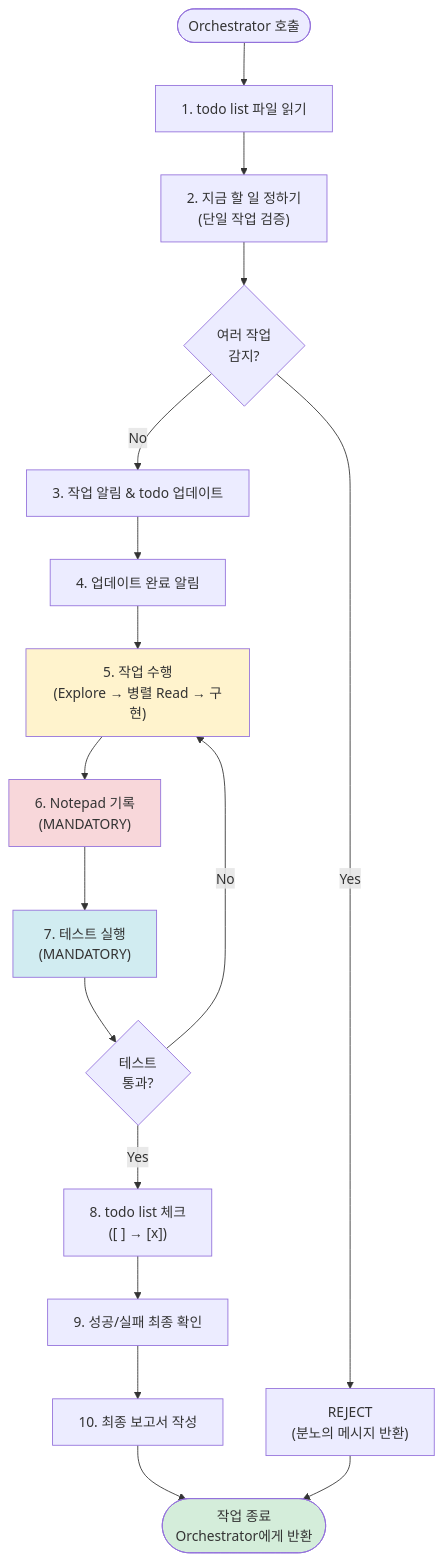
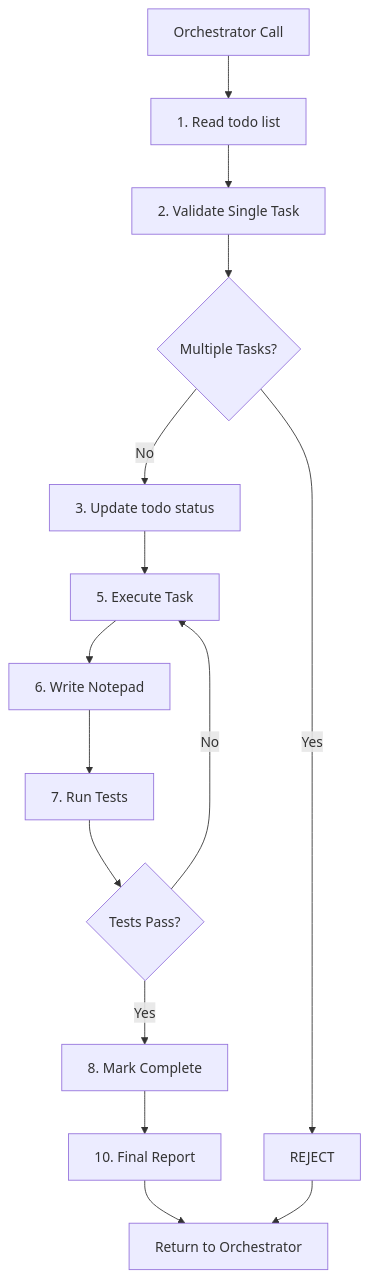
Diagram 12 of 21 in flow-draft.md (code-yeongyu/sisyphus-private), drawn with Mermaid before and after one commit. The commit also changed other lines of this file and 150 other files, not shown here.

````diff
--- a/flow-draft.md
+++ b/flow-draft.md
@@ -638,35 +1914,31 @@
 ```mermaid
 graph TD
-    Start([Orchestrator 호출]) --> Step1["1. todo list 파일 읽기"]
+    Start[Orchestrator Call]
+    Step1[1. Read todo list]
+    Step2[2. Validate Single Task]
+    MultiCheck{Multiple Tasks?}
+    Reject[REJECT]
+    Step3[3. Update todo status]
+    Step5[5. Execute Task]
+    Step6[6. Write Notepad]
+    Step7[7. Run Tests]
+    TestCheck{Tests Pass?}
+    Step8[8. Mark Complete]
+    Step10[10. Final Report]
+    Stop[Return to Orchestrator]
 
-    Step1 --> Step2["2. 지금 할 일 정하기<br/>(단일 작업 검증)"]
-
-    Step2 --> MultiCheck{여러 작업<br/>감지?}
-    MultiCheck -->|Yes| Reject["REJECT<br/>(분노의 메시지 반환)"]
+    Start --> Step1
+    Step1 --> Step2
+    Step2 --> MultiCheck
+    MultiCheck -->|Yes| Reject
     MultiCheck -->|No| Step3
-
-    Step3["3. 작업 알림 & todo 업데이트"] --> Step4["4. 업데이트 완료 알림"]
-
-    Step4 --> Step5["5. 작업 수행<br/>(Explore → 병렬 Read → 구현)"]
-
-    Step5 --> Step6["6. Notepad 기록<br/>(MANDATORY)"]
-
-    Step6 --> Step7["7. 테스트 실행<br/>(MANDATORY)"]
-
-    Step7 --> TestCheck{테스트<br/>통과?}
+    Step3 --> Step5
+    Step5 --> Step6
+    Step6 --> Step7
+    Step7 --> TestCheck
     TestCheck -->|No| Step5
     TestCheck -->|Yes| Step8
-
-    Step8["8. todo list 체크<br/>([ ] → [x])"] --> Step9["9. 성공/실패 최종 확인"]
-
-    Step9 --> Step10["10. 최종 보고서 작성"]
-
-    Step10 --> Stop([작업 종료<br/>Orchestrator에게 반환])
-
+    Step8 --> Step10
+    Step10 --> Stop
     Reject --> Stop
-
-    style Step5 fill:#fff3cd
-    style Step6 fill:#f8d7da
-    style Step7 fill:#d1ecf1
-    style Stop fill:#d4edda
 ```
````
